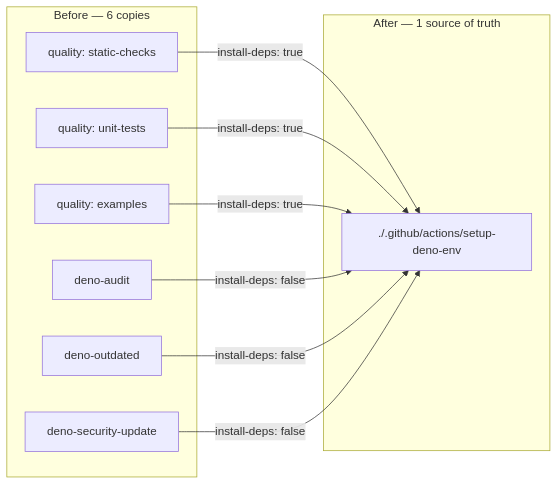
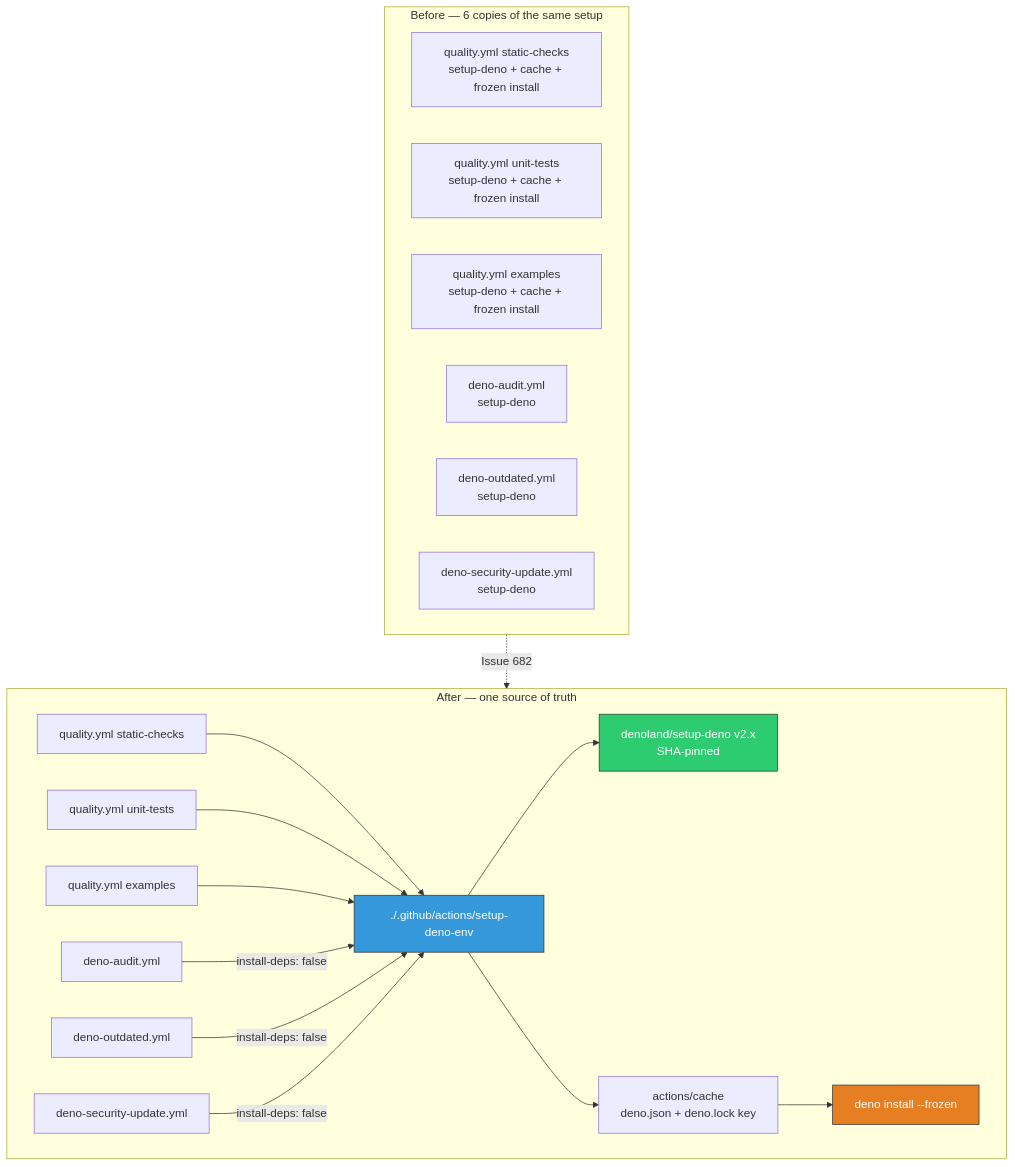
Before and after one commit to stSoftwareAU/NEAT-AI-Examples: the first of 2 diagrams in docs/archive/pr-summaries/pr-summary-682.md, drawn with Mermaid. The commit also changed other lines of this file, not shown here.

First line of the commit message:
docs: add PR summary for the setup-deno-env composite action (Issue #682)

````diff
--- a/docs/archive/pr-summaries/pr-summary-682.md
+++ b/docs/archive/pr-summaries/pr-summary-682.md
@@ -41,16 +44,36 @@
 ```mermaid
-flowchart LR
-    subgraph before[Before — 6 copies]
-        Q1[quality: static-checks]
-        Q2[quality: unit-tests]
-        Q3[quality: examples]
-        A1[deno-audit]
-        O1[deno-outdated]
-        S1[deno-security-update]
+flowchart TB
+    subgraph BEFORE["Before — 6 copies of the same setup"]
+        B1[quality.yml static-checks<br/>setup-deno + cache + frozen install]
+        B2[quality.yml unit-tests<br/>setup-deno + cache + frozen install]
+        B3[quality.yml examples<br/>setup-deno + cache + frozen install]
+        B4[deno-audit.yml<br/>setup-deno]
+        B5[deno-outdated.yml<br/>setup-deno]
+        B6[deno-security-update.yml<br/>setup-deno]
     end
-    subgraph after[After — 1 source of truth]
-        ACT[./.github/actions/setup-deno-env]
+
+    subgraph AFTER["After — one source of truth"]
+        A1[quality.yml static-checks]
+        A2[quality.yml unit-tests]
+        A3[quality.yml examples]
+        A4[deno-audit.yml]
+        A5[deno-outdated.yml]
+        A6[deno-security-update.yml]
+        A1 --> ACT
+        A2 --> ACT
+        A3 --> ACT
+        A4 -->|install-deps: false| ACT
+        A5 -->|install-deps: false| ACT
+        A6 -->|install-deps: false| ACT
+        ACT["./.github/actions/setup-deno-env"]
+        ACT --> PIN[denoland/setup-deno v2.x<br/>SHA-pinned]
+        ACT --> CACHE[actions/cache<br/>deno.json + deno.lock key]
+        CACHE --> FROZEN[deno install --frozen]
     end
-    Q1 & Q2 & Q3 -->|install-deps: true| ACT
-    A1 & O1 & S1 -->|install-deps: false| ACT
+
+    BEFORE -.->|Issue 682| AFTER
+
+    style ACT fill:#3498db,stroke:#333,color:#fff
+    style PIN fill:#2ecc71,stroke:#333,color:#fff
+    style FROZEN fill:#e67e22,stroke:#333,color:#fff
 ```
````
